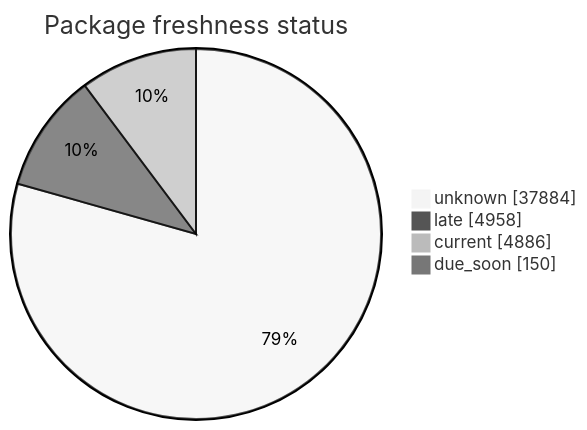
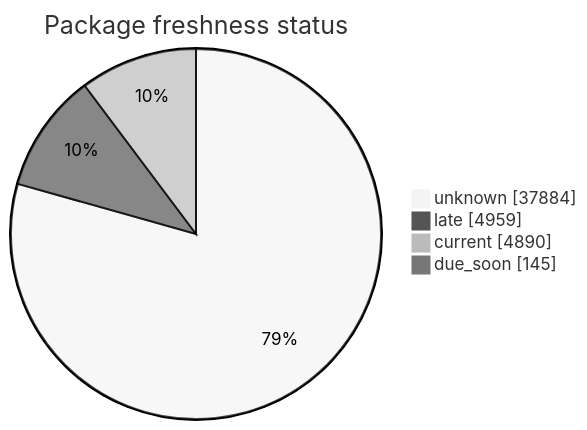
One commit to open-data/analytics-corporate-reporting changed the second of 5 diagrams in FreshCheck/README.md. Above: the diagram before and after it, drawn with Mermaid (neutral theme). The commit also changed other lines of this file and 3 other files, not shown here.

````diff
--- a/FreshCheck/README.md
+++ b/FreshCheck/README.md
@@ -68,7 +68,7 @@
 ```mermaid
 pie showData title Package freshness status
     "unknown": 37884
-    "late": 4958
-    "current": 4886
-    "due_soon": 150
+    "late": 4959
+    "current": 4890
+    "due_soon": 145
 ```
````
